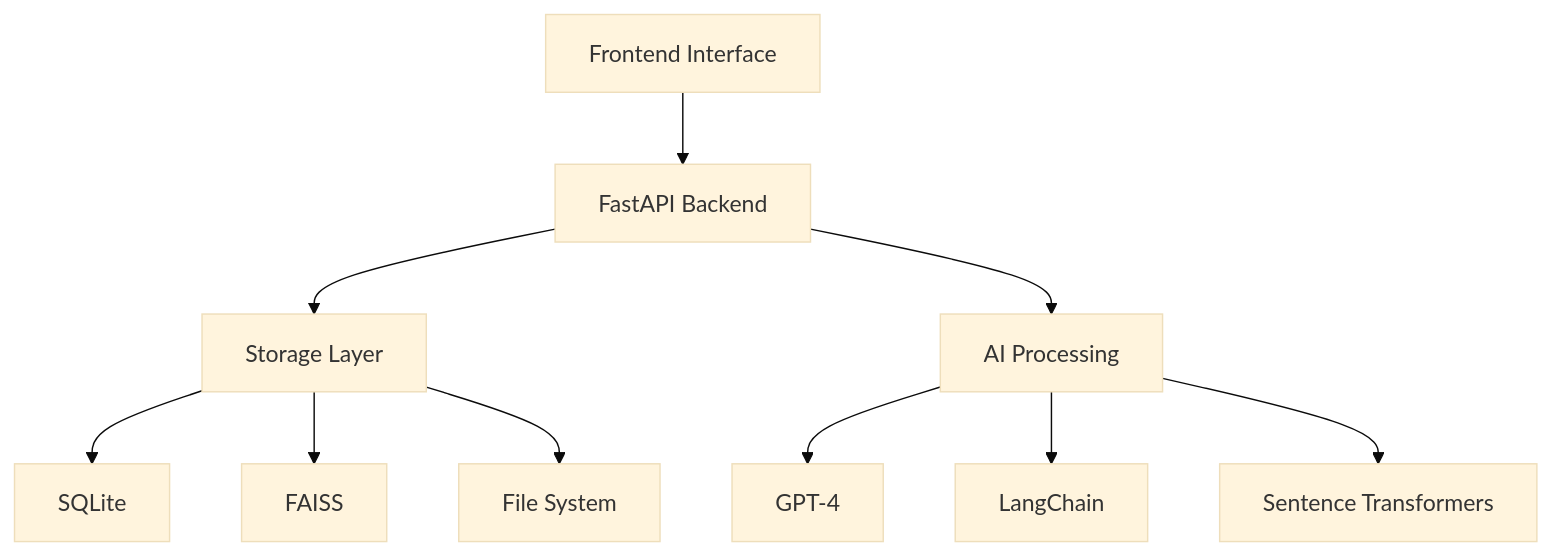
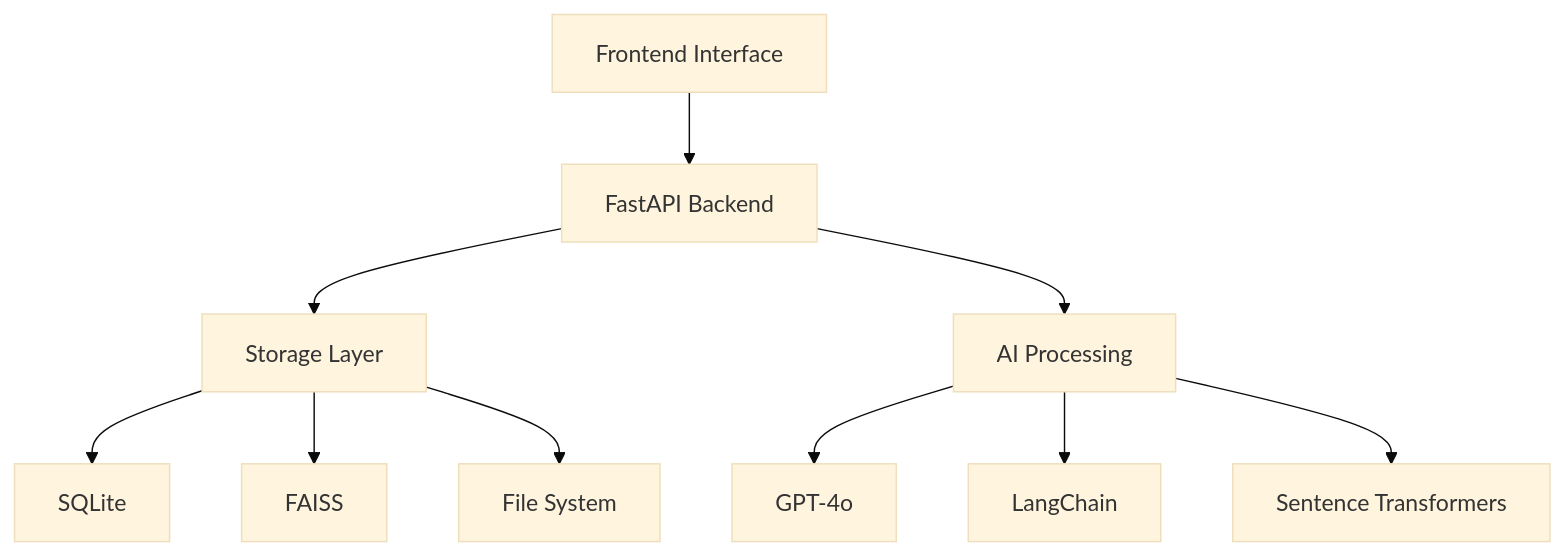
One commit to Asik-Ifthaker-Hamim/Smart-Academic-Research-Assistant changed the first of 5 diagrams in README.md. Above: the diagram before and after it, drawn with Mermaid (base theme). The commit also changed other lines of this file, not shown here.

````diff
--- a/README.md
+++ b/README.md
@@ -50,12 +50,12 @@
 ```mermaid
 graph TD
     A[Frontend Interface] --> B[FastAPI Backend]
     B --> C[Storage Layer]
     B --> D[AI Processing]
     C --> C1[SQLite]
     C --> C2[FAISS]
     C --> C3[File System]
-    D --> D1[GPT-4]
+    D --> D1[GPT-4o]
     D --> D2[LangChain]
     D --> D3[Sentence Transformers]
 ```
````
